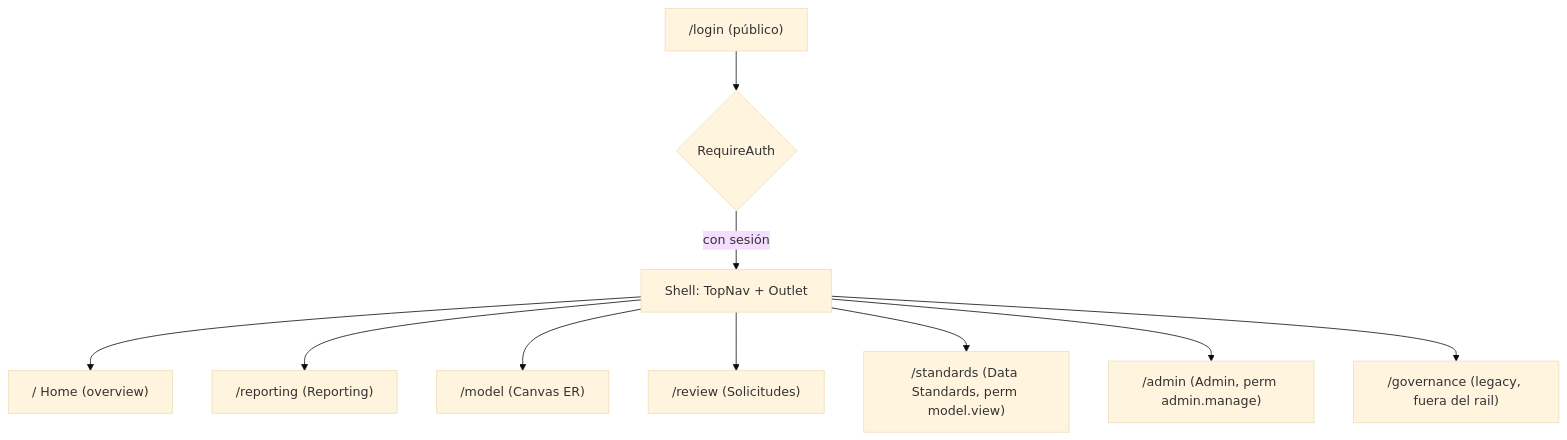
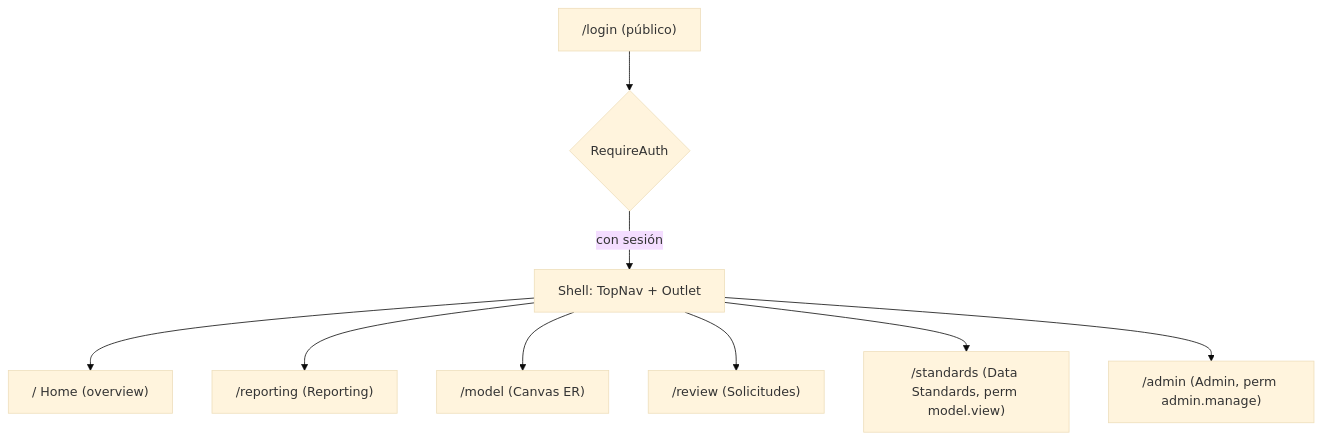
One commit to Carlosmps97/web-data-model-hub changed the first of 4 diagrams in README.md. Above: the diagram before and after it, drawn with Mermaid (base theme). The commit also changed other lines of this file and 198 other files, not shown here.

````diff
--- a/README.md
+++ b/README.md
@@ -39,12 +39,11 @@
 ```mermaid
 flowchart TD
   Login["/login (público)"] --> Guard{"RequireAuth"}
   Guard -->|con sesión| Shell["Shell: TopNav + Outlet"]
   Shell --> Home["/ Home (overview)"]
   Shell --> Reporting["/reporting (Reporting)"]
   Shell --> Model["/model (Canvas ER)"]
   Shell --> Review["/review (Solicitudes)"]
   Shell --> Standards["/standards (Data Standards, perm model.view)"]
   Shell --> Admin["/admin (Admin, perm admin.manage)"]
-  Shell --> Gov["/governance (legacy, fuera del rail)"]
 ```
````
